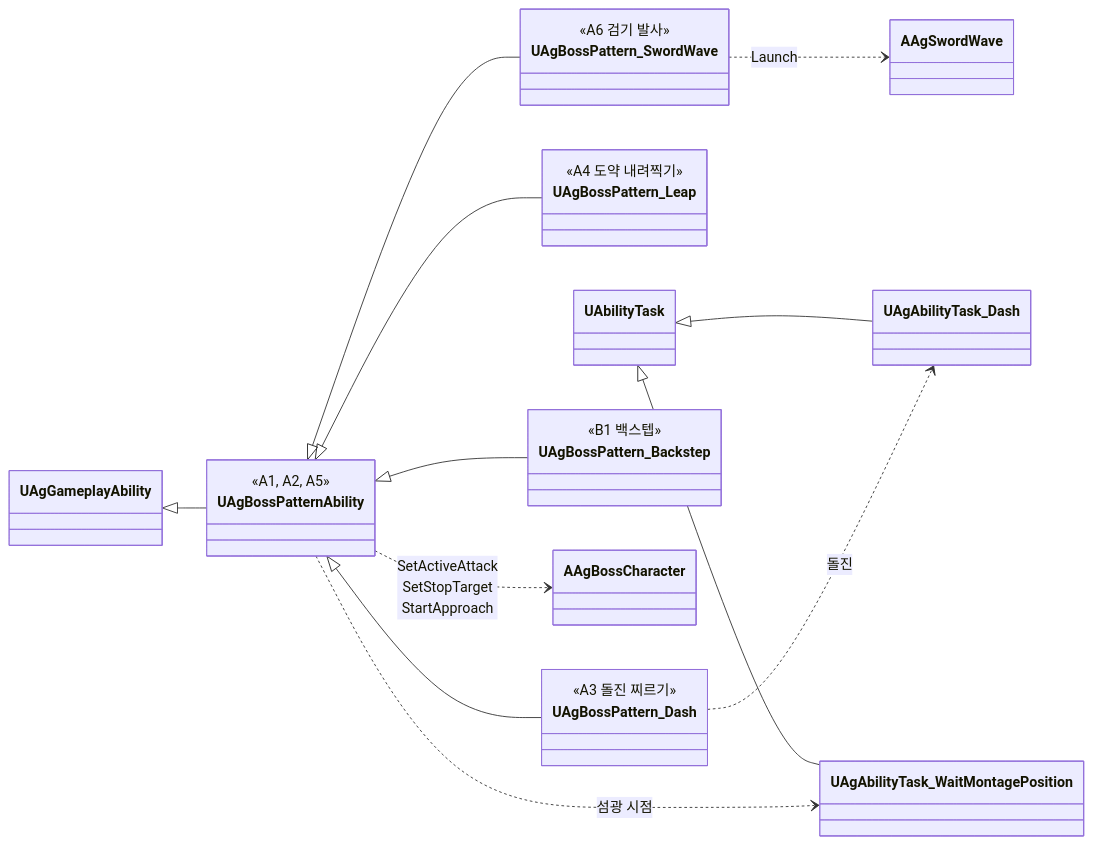
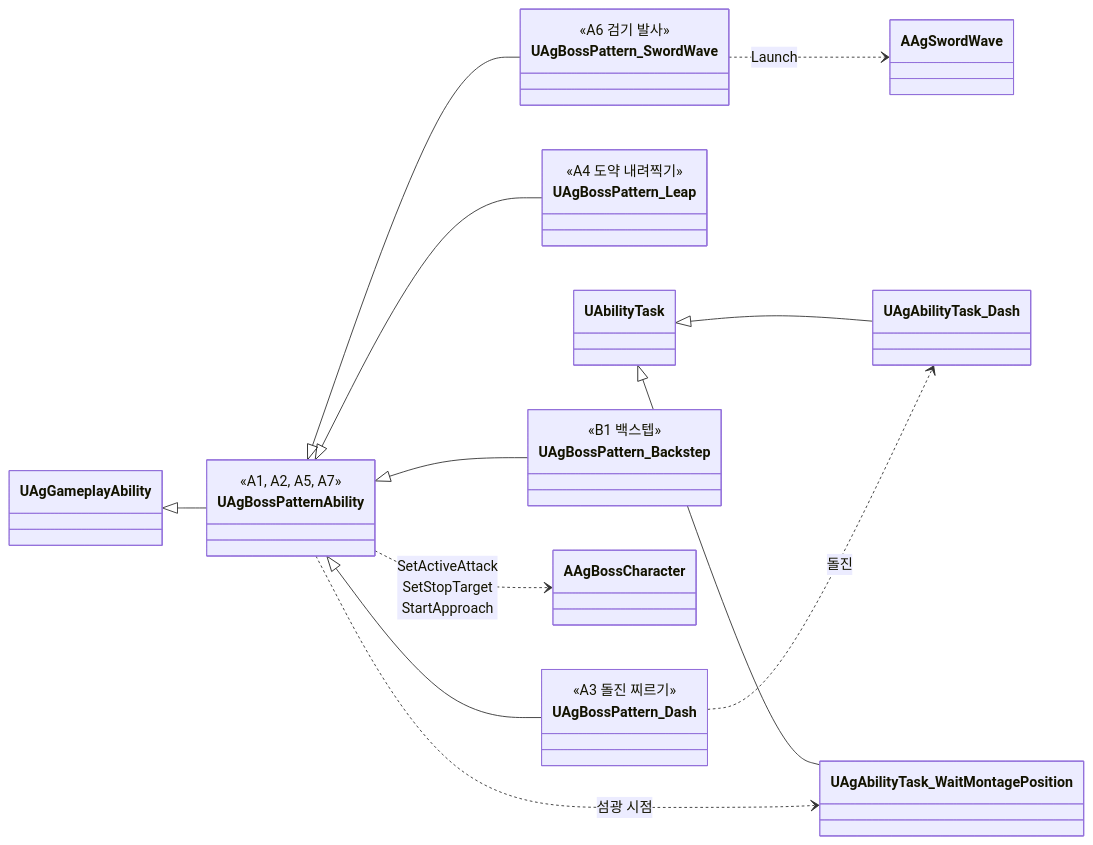
The seventh of 20 diagrams in Docs/Program/클래스 구조도.md (Woogl/Ag), drawn with Mermaid before and after one commit. The commit also changed 16 other files, not shown here.

First line of the commit message:
폴리싱: 1·2페이즈 신규 패턴 A7 뛰어 내려찍기 (보스 사양 '패턴 목록'·'거리 구간별 가중치'·'이동'·'A7', 구현 계획서 '패턴'·'예비 동작', 데이터 위치표, 클래스 구조도)

````diff
--- a/Docs/Program/클래스 구조도.md
+++ b/Docs/Program/클래스 구조도.md
@@ -281,31 +281,31 @@
 ```mermaid
 classDiagram
     direction LR
     class UAgBossPatternAbility {
-        <<A1, A2, A5>>
+        <<A1, A2, A5, A7>>
     }
     class UAgBossPattern_Dash {
         <<A3 돌진 찌르기>>
     }
     class UAgBossPattern_Leap {
         <<A4 도약 내려찍기>>
     }
     class UAgBossPattern_SwordWave {
         <<A6 검기 발사>>
     }
     class UAgBossPattern_Backstep {
         <<B1 백스텝>>
     }
     UAgGameplayAbility <|-- UAgBossPatternAbility
     UAgBossPatternAbility <|-- UAgBossPattern_Dash
     UAgBossPatternAbility <|-- UAgBossPattern_Leap
     UAgBossPatternAbility <|-- UAgBossPattern_SwordWave
     UAgBossPatternAbility <|-- UAgBossPattern_Backstep
 
     UAgBossPatternAbility ..> AAgBossCharacter : SetActiveAttack<br>SetStopTarget<br>StartApproach
     UAgBossPatternAbility ..> UAgAbilityTask_WaitMontagePosition : 섬광 시점
     UAgBossPattern_Dash ..> UAgAbilityTask_Dash : 돌진
     UAgBossPattern_SwordWave ..> AAgSwordWave : Launch
     UAbilityTask <|-- UAgAbilityTask_WaitMontagePosition
     UAbilityTask <|-- UAgAbilityTask_Dash
 ```
````
